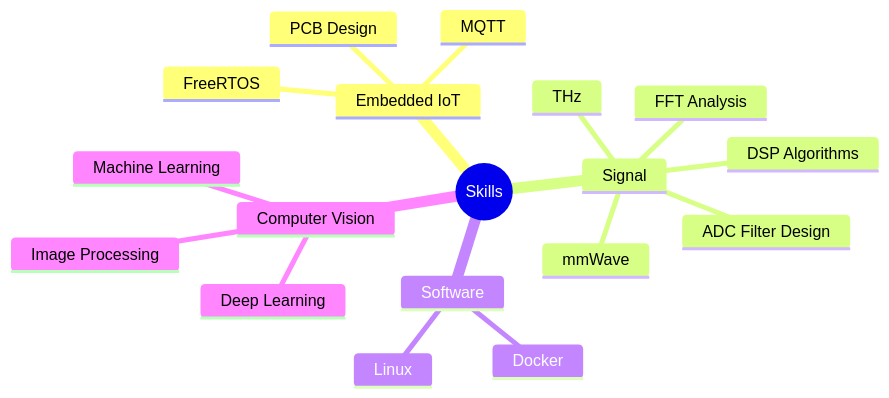
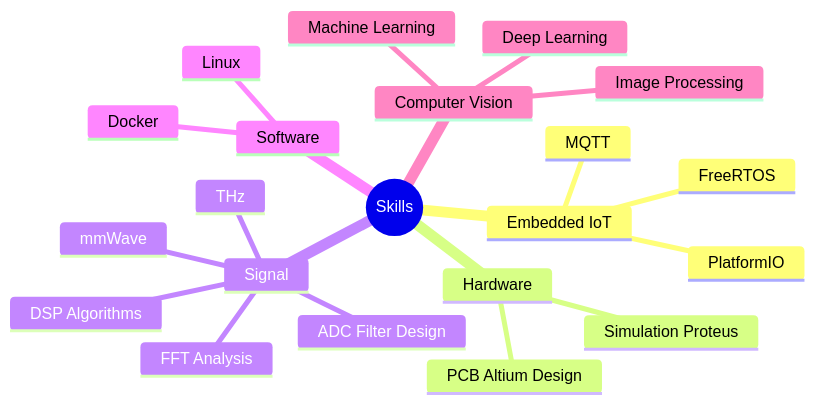
The diagram in README.md (bathanh0309/bathanh0309), drawn with Mermaid before and after one commit. The commit also changed other lines of this file, not shown here.

````diff
--- a/README.md
+++ b/README.md
@@ -14,21 +14,24 @@
 ```mermaid
 mindmap
   root((Skills))
     Embedded IoT
       MQTT
       FreeRTOS
-      PCB Design
+      PlatformIO
+    Hardware
+      Simulation Proteus
+      PCB Altium Design
     Signal
       mmWave
       THz
       ADC Filter Design
       DSP Algorithms
       FFT Analysis
     Software
       Linux
       Docker
     Computer Vision
       Machine Learning
       Deep Learning
       Image Processing
 ```
````
